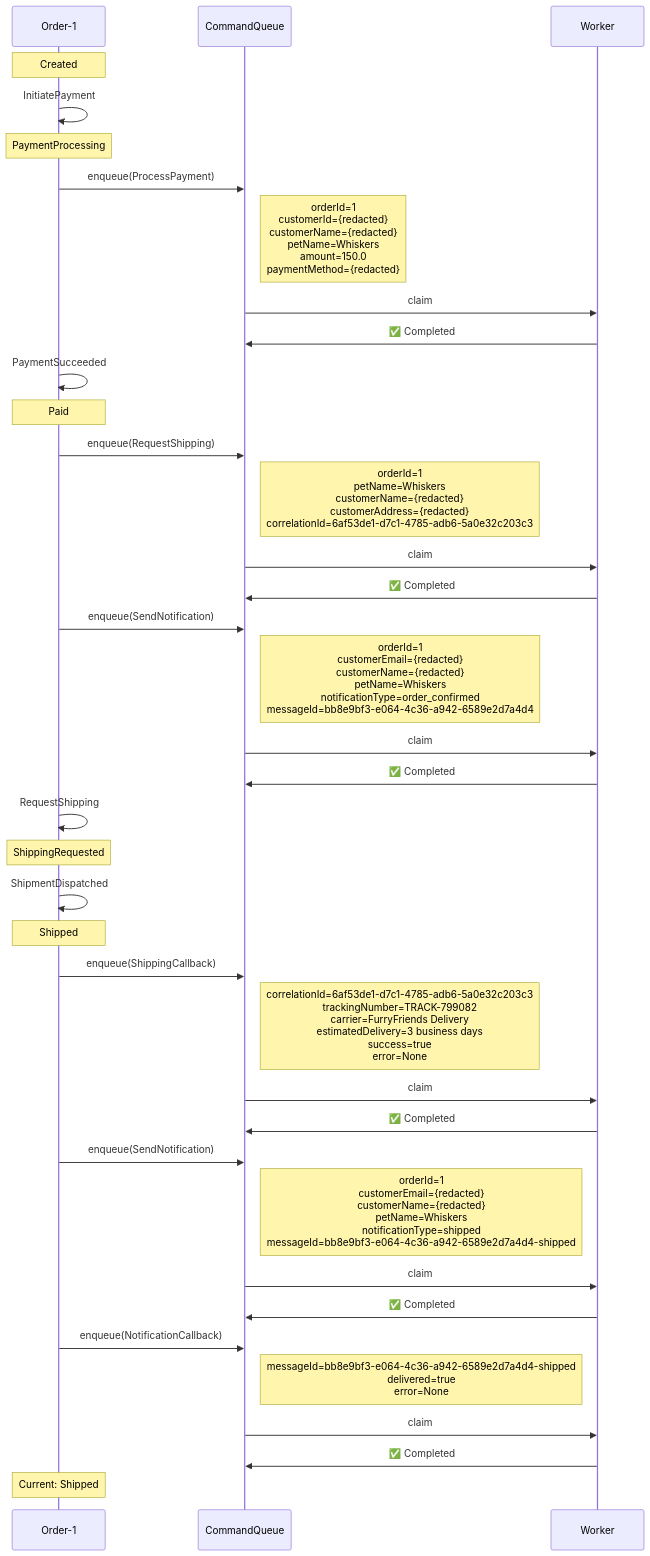
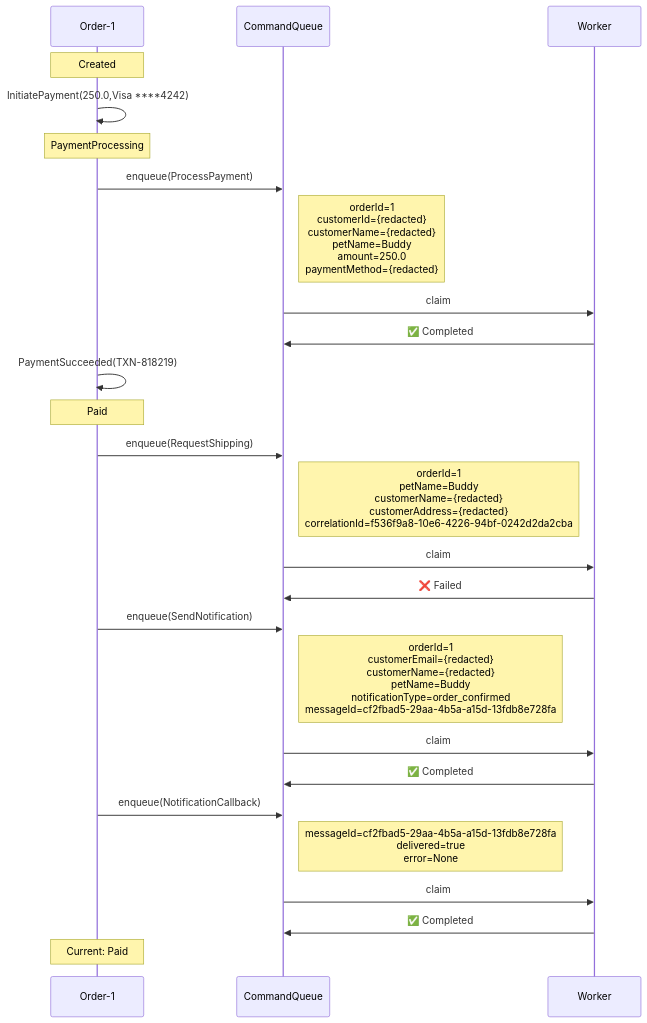
One commit to Iterable/mechanoid changed the first of 3 diagrams in docs/visualizations/order-1-trace.md. Above: the diagram before and after it, drawn with Mermaid. The commit also changed other lines of this file and 33 other files, not shown here.

````diff
--- a/docs/visualizations/order-1-trace.md
+++ b/docs/visualizations/order-1-trace.md
@@ -11,42 +12,30 @@
 ```mermaid
 %%{init: {'themeCSS': '.noteText { text-align: left !important; }'}}%%
 sequenceDiagram
     participant FSM as Order-1
     participant CQ as CommandQueue
     participant W as Worker
 
     Note over FSM: Created
-    FSM->>FSM: InitiatePayment
+    FSM->>FSM: InitiatePayment(250.0,Visa ****4242)
     Note over FSM: PaymentProcessing
     FSM->>CQ: enqueue(ProcessPayment)
-    Note right of CQ: orderId=1<br/>customerId={redacted}<br/>customerName={redacted}<br/>petName=Whiskers<br/>amount=150.0<br/>paymentMethod={redacted}
+    Note right of CQ: orderId=1<br/>customerId={redacted}<br/>customerName={redacted}<br/>petName=Buddy<br/>amount=250.0<br/>paymentMethod={redacted}
     CQ->>W: claim
     W->>CQ: ✅ Completed
-    FSM->>FSM: PaymentSucceeded
+    FSM->>FSM: PaymentSucceeded(TXN-818219)
     Note over FSM: Paid
     FSM->>CQ: enqueue(RequestShipping)
-    Note right of CQ: orderId=1<br/>petName=Whiskers<br/>customerName={redacted}<br/>customerAddress={redacted}<br/>correlationId=6af53de1-d7c1-4785-adb6-5a0e32c203c3
+    Note right of CQ: orderId=1<br/>petName=Buddy<br/>customerName={redacted}<br/>customerAddress={redacted}<br/>correlationId=f536f9a8-10e6-4226-94bf-0242d2da2cba
     CQ->>W: claim
-    W->>CQ: ✅ Completed
+    W->>CQ: ❌ Failed
     FSM->>CQ: enqueue(SendNotification)
-    Note right of CQ: orderId=1<br/>customerEmail={redacted}<br/>customerName={redacted}<br/>petName=Whiskers<br/>notificationType=order_confirmed<br/>messageId=bb8e9bf3-e064-4c36-a942-6589e2d7a4d4
-    CQ->>W: claim
-    W->>CQ: ✅ Completed
-    FSM->>FSM: RequestShipping
-    Note over FSM: ShippingRequested
-    FSM->>FSM: ShipmentDispatched
-    Note over FSM: Shipped
-    FSM->>CQ: enqueue(ShippingCallback)
-    Note right of CQ: correlationId=6af53de1-d7c1-4785-adb6-5a0e32c203c3<br/>trackingNumber=TRACK-799082<br/>carrier=FurryFriends Delivery<br/>estimatedDelivery=3 business days<br/>success=true<br/>error=None
-    CQ->>W: claim
-    W->>CQ: ✅ Completed
-    FSM->>CQ: enqueue(SendNotification)
-    Note right of CQ: orderId=1<br/>customerEmail={redacted}<br/>customerName={redacted}<br/>petName=Whiskers<br/>notificationType=shipped<br/>messageId=bb8e9bf3-e064-4c36-a942-6589e2d7a4d4-shipped
+    Note right of CQ: orderId=1<br/>customerEmail={redacted}<br/>customerName={redacted}<br/>petName=Buddy<br/>notificationType=order_confirmed<br/>messageId=cf2fbad5-29aa-4b5a-a15d-13fdb8e728fa
     CQ->>W: claim
     W->>CQ: ✅ Completed
     FSM->>CQ: enqueue(NotificationCallback)
-    Note right of CQ: messageId=bb8e9bf3-e064-4c36-a942-6589e2d7a4d4-shipped<br/>delivered=true<br/>error=None
+    Note right of CQ: messageId=cf2fbad5-29aa-4b5a-a15d-13fdb8e728fa<br/>delivered=true<br/>error=None
     CQ->>W: claim
     W->>CQ: ✅ Completed
-    Note over FSM: Current: Shipped
+    Note over FSM: Current: Paid
 ```
````
